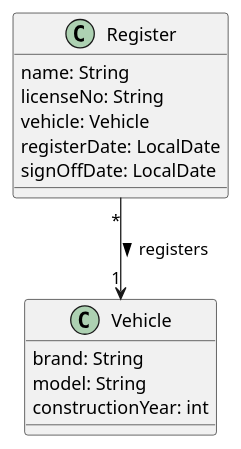
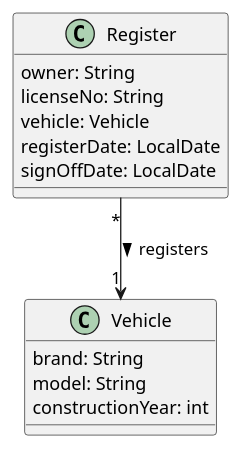
Before and after one commit to weissengruberNina/quarkus-recap: the diagram in asciidocs/plantuml/cld.puml, drawn with PlantUML. The commit also changed 4 other files, not shown here.

```diff
--- a/asciidocs/plantuml/cld.puml
+++ b/asciidocs/plantuml/cld.puml
@@ -1,18 +1,18 @@
 @startuml
 
 class Vehicle {
   brand: String
   model: String
   constructionYear: int
 }
 
 class Register {
-  name: String
+  owner: String
   licenseNo: String
   vehicle: Vehicle
   registerDate: LocalDate
   signOffDate: LocalDate
 }
 
 Register "*" --> "1" Vehicle: registers >
 @enduml
```
